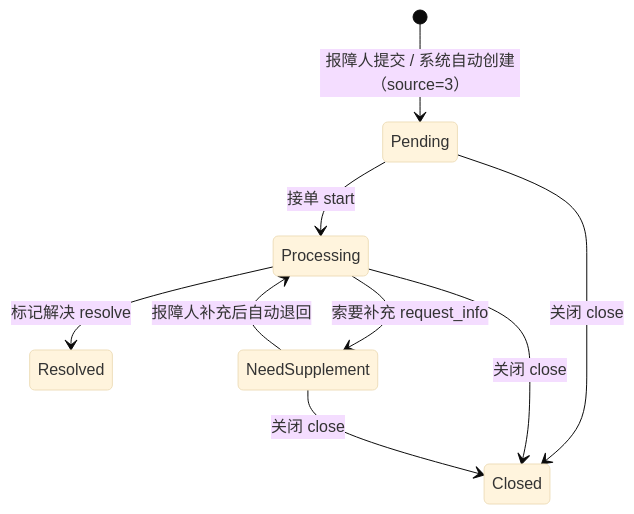
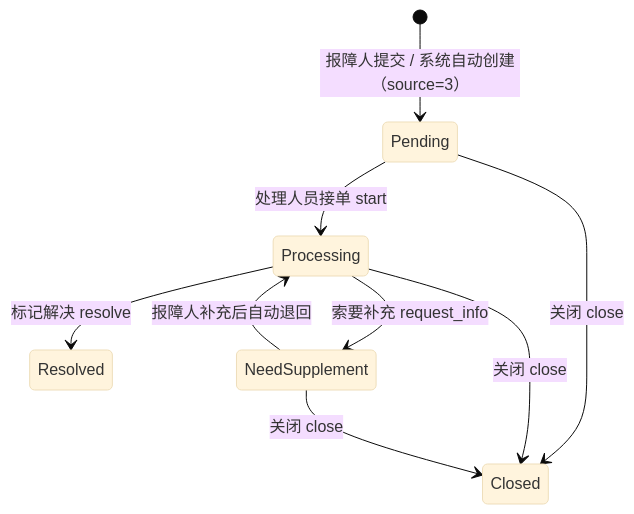
The fifth of 6 diagrams in docs/PRD.md (int2t05/Cognik), drawn with Mermaid (base theme) before and after one commit. The commit also changed 24 other files, not shown here.

First line of the commit message:
docs: FLOW/API 按业务域分块 + CONTRIBUTING 更名 + 清理

````diff
--- a/docs/PRD.md
+++ b/docs/PRD.md
@@ -109,11 +109,11 @@
 ```mermaid
 stateDiagram-v2
     [*] --> Pending: 报障人提交 / 系统自动创建（source=3）
-    Pending --> Processing: 接单 start
+    Pending --> Processing: 处理人员接单 start
     Processing --> Resolved: 标记解决 resolve
     Processing --> NeedSupplement: 索要补充 request_info
     NeedSupplement --> Processing: 报障人补充后自动退回
     Pending --> Closed: 关闭 close
     Processing --> Closed: 关闭 close
     NeedSupplement --> Closed: 关闭 close
 ```
````
